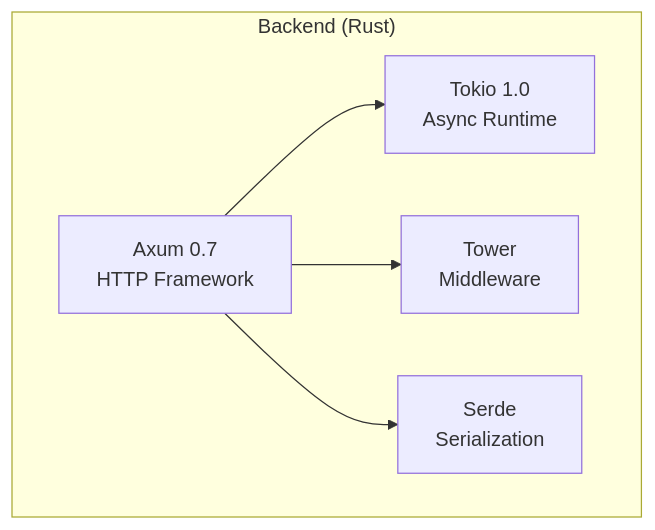
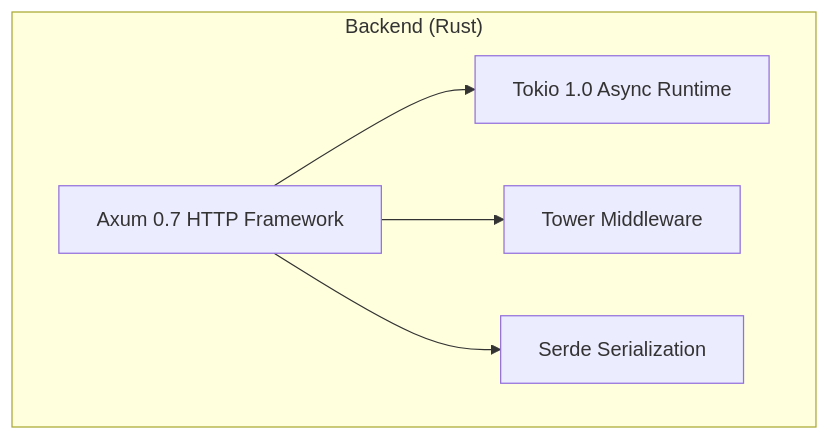
Before and after one commit to softwarewrighter/scan3data: the tenth of 11 diagrams in wiki/Architecture.md, drawn with Mermaid. The commit also changed other lines of this file and 6 other files, not shown here.

First line of the commit message:
Fix wiki Mermaid diagrams: remove <br/> tags

````diff
--- a/wiki/Architecture.md
+++ b/wiki/Architecture.md
@@ -383,13 +383,13 @@
 ```mermaid
 graph TB
     subgraph "Backend (Rust)"
-        AXUM[Axum 0.7<br/>HTTP Framework]
-        TOKIO[Tokio 1.0<br/>Async Runtime]
-        TOWER[Tower<br/>Middleware]
-        SERDE[Serde<br/>Serialization]
+        AXUM[Axum 0.7 HTTP Framework]
+        TOKIO[Tokio 1.0 Async Runtime]
+        TOWER[Tower Middleware]
+        SERDE[Serde Serialization]
     end
 
     AXUM --> TOKIO
     AXUM --> TOWER
     AXUM --> SERDE
 ```
````
